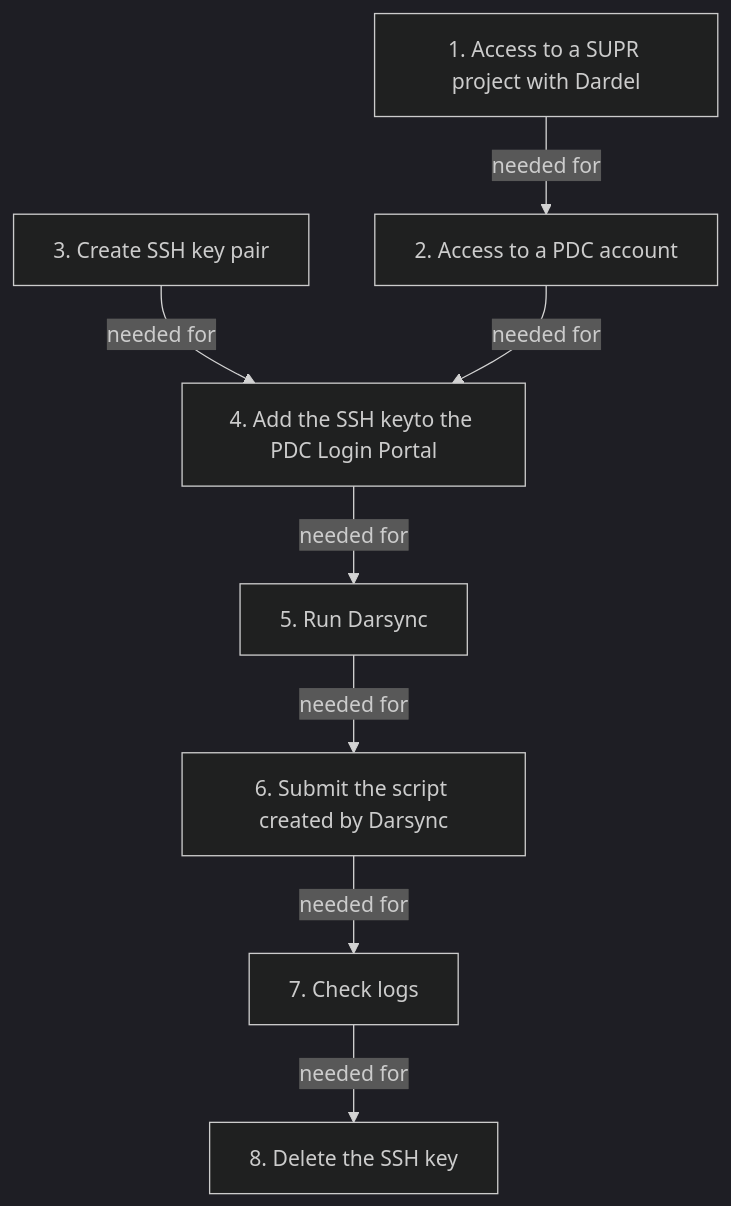
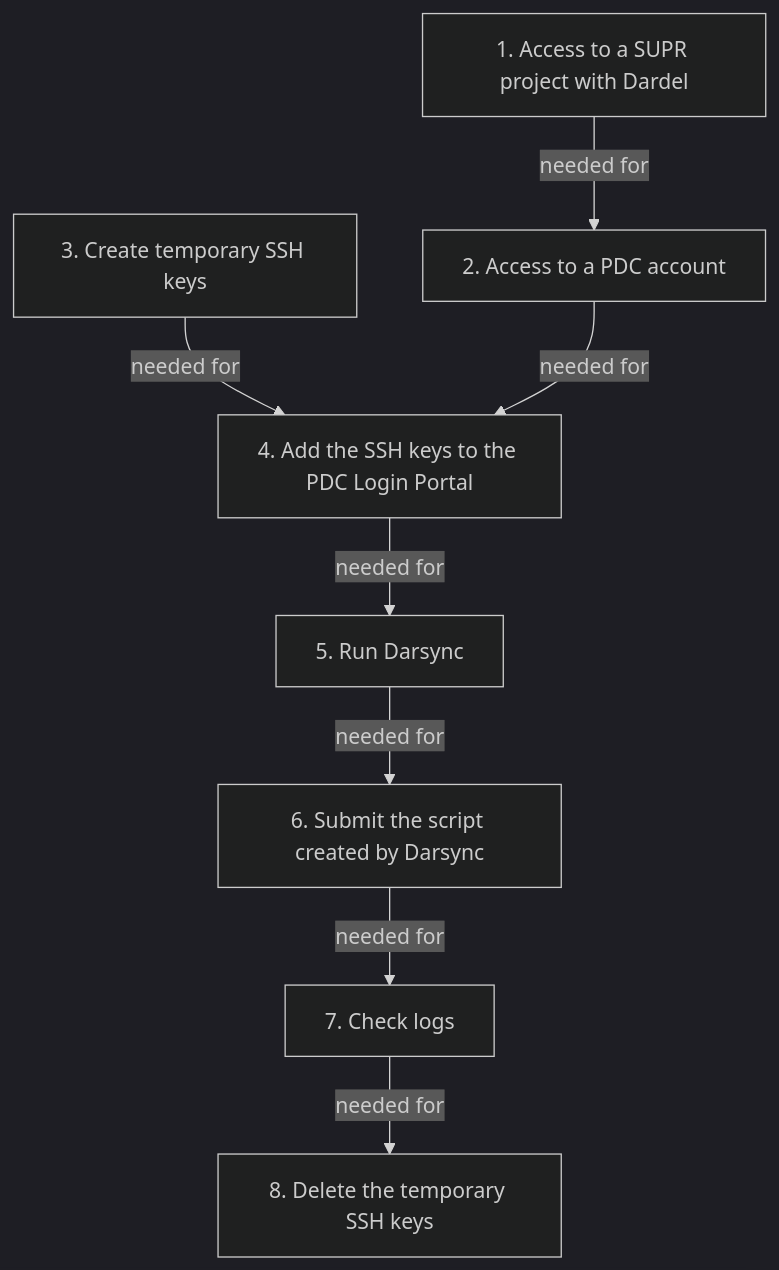
One commit to UPPMAX/UPPMAX-documentation changed the diagram in docs/cluster_guides/migrate_dardel.md. Above: the diagram before and after it, drawn with Mermaid (dark theme). The commit also changed other lines of this file, not shown here.

Commit message:
Keys are temporary

````diff
--- a/docs/cluster_guides/migrate_dardel.md
+++ b/docs/cluster_guides/migrate_dardel.md
@@ -33,20 +33,20 @@
 ```mermaid
 flowchart TD
   get_supr_project[1. Access to a SUPR project with Dardel]
   get_pdc_account[2. Access to a PDC account]
-  create_ssh_key[3. Create SSH key pair]
-  add_ssh_key[4. Add the SSH keyto the PDC Login Portal]
+  create_ssh_key[3. Create temporary SSH keys]
+  add_ssh_key[4. Add the SSH keys to the PDC Login Portal]
   run_darsync[5. Run Darsync]
   slurm[6. Submit the script created by Darsync]
   check_logs[7. Check logs]
-  delete_ssh_keys[8. Delete the SSH key]
+  delete_ssh_keys[8. Delete the temporary SSH keys]
 
   get_supr_project --> |needed for| get_pdc_account
 
   create_ssh_key --> |needed for| add_ssh_key
   get_pdc_account --> |needed for| add_ssh_key
   add_ssh_key --> |needed for| run_darsync
   run_darsync --> |needed for| slurm
   slurm --> |needed for| check_logs
   check_logs --> |needed for| delete_ssh_keys
 ```
````
